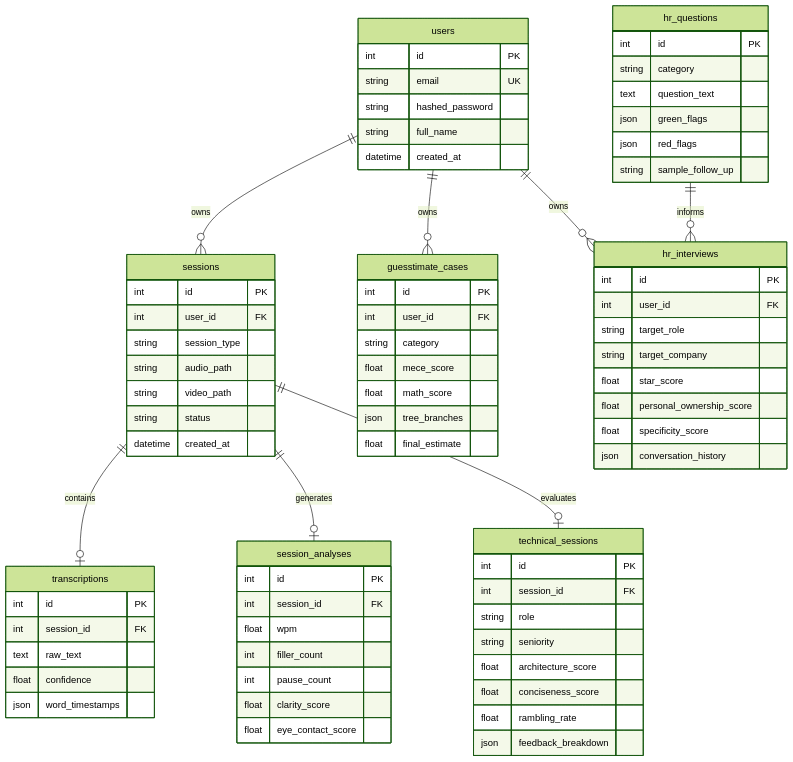
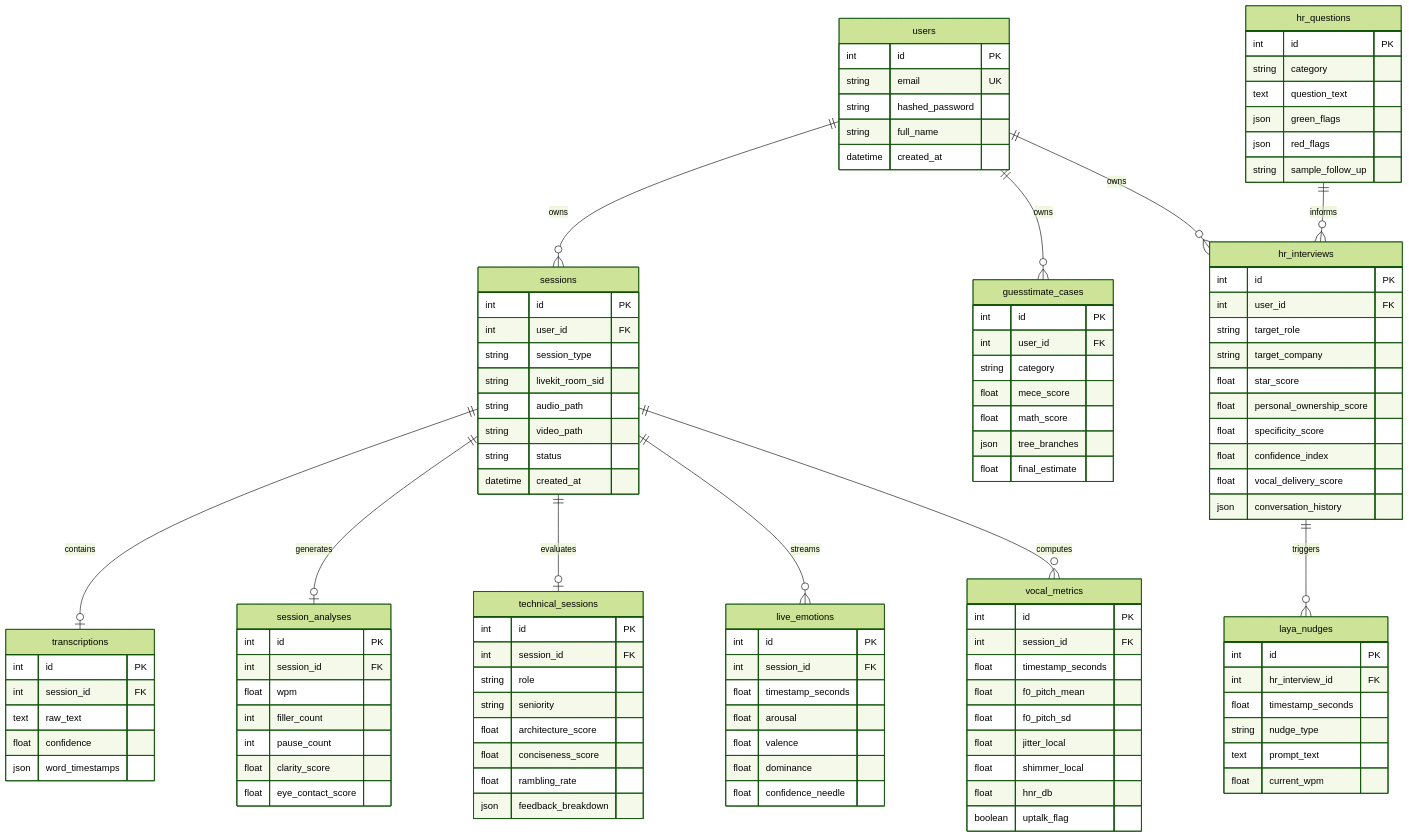
The eighth of 12 diagrams in Approach.md (Sohailsadeed/campusrecruitment-communication-agent), drawn with Mermaid (forest theme) before and after one commit. The commit also changed other lines of this file, not shown here.

Commit message:
docs(approach): update architecture flowcharts with Laya, LiveKit, and real-time emotion telemetry

````diff
--- a/Approach.md
+++ b/Approach.md
@@ -493,6 +623,9 @@
     sessions ||--o| transcriptions : contains
     sessions ||--o| session_analyses : generates
     sessions ||--o| technical_sessions : evaluates
+    sessions ||--o{ live_emotions : streams
+    sessions ||--o{ vocal_metrics : computes
+    hr_interviews ||--o{ laya_nudges : triggers
 
     hr_questions ||--o{ hr_interviews : informs
 
@@ -508,6 +641,7 @@
         int id PK
         int user_id FK
         string session_type
+        string livekit_room_sid
         string audio_path
         string video_path
         string status
@@ -570,6 +704,39 @@
         float star_score
         float personal_ownership_score
         float specificity_score
+        float confidence_index
+        float vocal_delivery_score
         json conversation_history
     }
+
+    live_emotions {
+        int id PK
+        int session_id FK
+        float timestamp_seconds
+        float arousal
+        float valence
+        float dominance
+        float confidence_needle
+    }
+
+    vocal_metrics {
+        int id PK
+        int session_id FK
+        float timestamp_seconds
+        float f0_pitch_mean
+        float f0_pitch_sd
+        float jitter_local
+        float shimmer_local
+        float hnr_db
+        boolean uptalk_flag
+    }
+
+    laya_nudges {
+        int id PK
+        int hr_interview_id FK
+        float timestamp_seconds
+        string nudge_type
+        text prompt_text
+        float current_wpm
+    }
 ```
````
